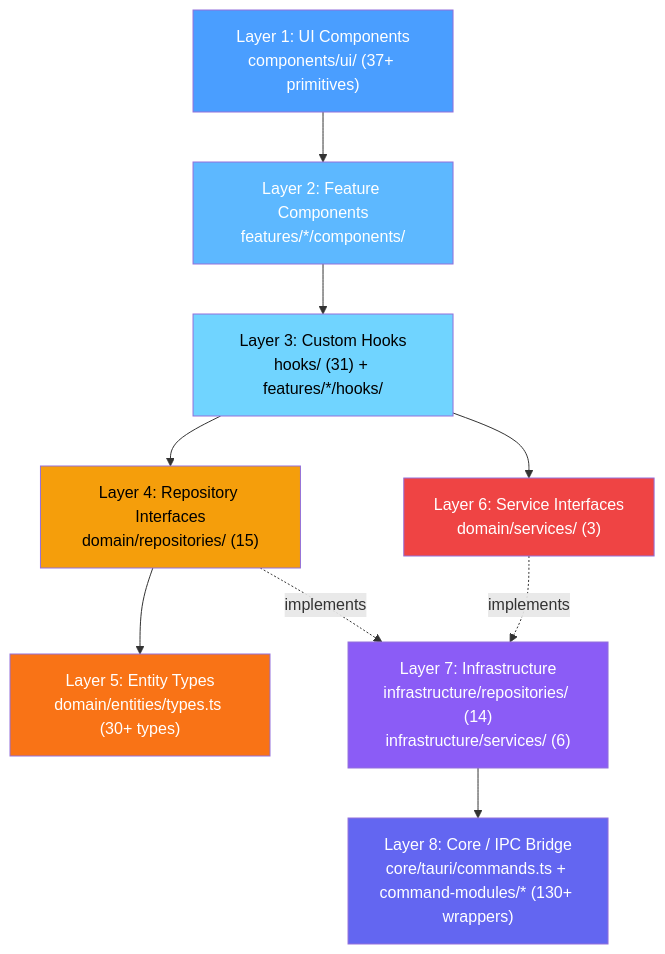
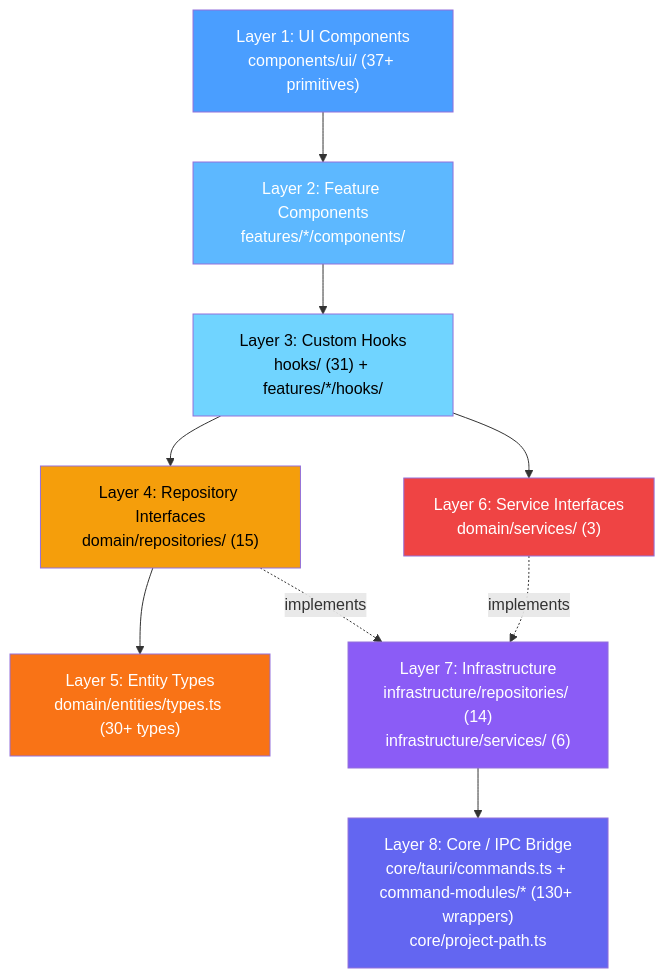
Before and after one commit to Sai-Roopesh/becomeAnAuthor: the third of 6 diagrams in docs/hld.md, drawn with Mermaid. The commit also changed other lines of this file and 2 other files, not shown here.

First line of the commit message:
docs: update documentation for recent architectural refactors

````diff
--- a/docs/hld.md
+++ b/docs/hld.md
@@ -339,26 +339,26 @@
 ```mermaid
 graph TB
     L1["Layer 1: UI Components<br/>components/ui/ (37+ primitives)"]
     L2["Layer 2: Feature Components<br/>features/*/components/"]
     L3["Layer 3: Custom Hooks<br/>hooks/ (31) + features/*/hooks/"]
     L4["Layer 4: Repository Interfaces<br/>domain/repositories/ (15)"]
     L5["Layer 5: Entity Types<br/>domain/entities/types.ts (30+ types)"]
     L6["Layer 6: Service Interfaces<br/>domain/services/ (3)"]
     L7["Layer 7: Infrastructure<br/>infrastructure/repositories/ (14)<br/>infrastructure/services/ (6)"]
-    L8["Layer 8: Core / IPC Bridge<br/>core/tauri/commands.ts + command-modules/* (130+ wrappers)"]
+    L8["Layer 8: Core / IPC Bridge<br/>core/tauri/commands.ts + command-modules/* (130+ wrappers)<br/>core/project-path.ts"]
 
     L1 --> L2 --> L3 --> L4 --> L5
     L3 --> L6
     L4 -.->|"implements"| L7
     L6 -.->|"implements"| L7
     L7 --> L8
 
     style L1 fill:#4a9eff,color:white
     style L2 fill:#5db8ff,color:white
     style L3 fill:#70d4ff,color:black
     style L4 fill:#f59e0b,color:black
     style L5 fill:#f97316,color:white
     style L6 fill:#ef4444,color:white
     style L7 fill:#8b5cf6,color:white
     style L8 fill:#6366f1,color:white
 ```
````
